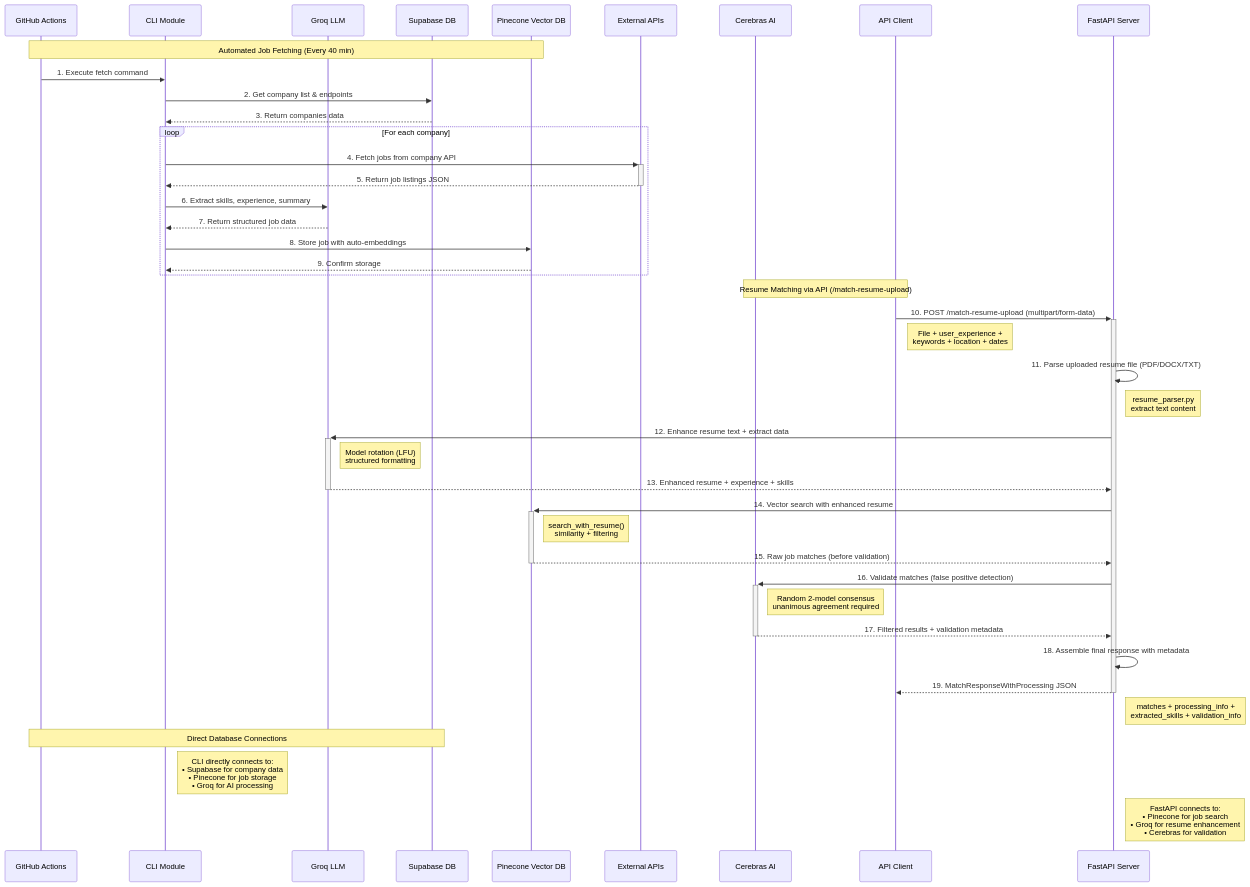
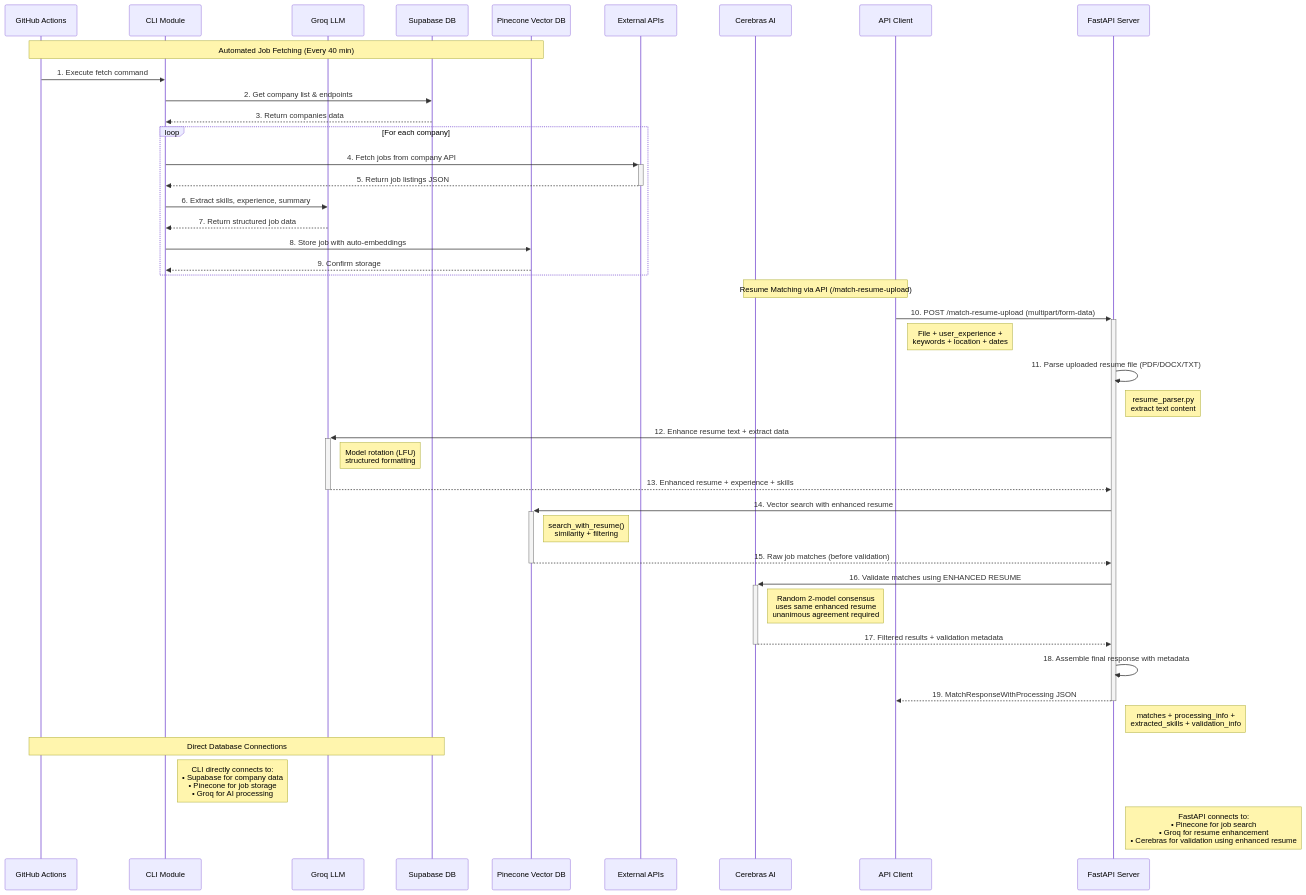
Before and after one commit to tarunmovva/job_board_aggregator: the second of 7 diagrams in README.md, drawn with Mermaid. The commit also changed other lines of this file and 2 other files, not shown here.

Commit message:
Update README and API routes documentation for cerebras validator

````diff
--- a/README.md
+++ b/README.md
@@ -182,53 +182,53 @@
 ```mermaid
 sequenceDiagram
     participant GH as GitHub Actions
     participant CLI as CLI Module
     participant GROQ as Groq LLM
     participant SB as Supabase DB
     participant PC as Pinecone Vector DB
     participant API as External APIs
     participant CB as Cerebras AI
     participant Client as API Client
     participant FS as FastAPI Server
     
     Note over GH,PC: Automated Job Fetching (Every 40 min)
     GH->>CLI: 1. Execute fetch command
     CLI->>SB: 2. Get company list & endpoints
     SB-->>CLI: 3. Return companies data
     
     loop For each company
         CLI->>+API: 4. Fetch jobs from company API
         API-->>-CLI: 5. Return job listings JSON
         CLI->>GROQ: 6. Extract skills, experience, summary
         GROQ-->>CLI: 7. Return structured job data
         CLI->>PC: 8. Store job with auto-embeddings
         PC-->>CLI: 9. Confirm storage
     end
     
     Note over Client,CB: Resume Matching via API (/match-resume-upload)
     Client->>+FS: 10. POST /match-resume-upload (multipart/form-data)
     Note right of Client: File + user_experience +<br/>keywords + location + dates
     
     FS->>FS: 11. Parse uploaded resume file (PDF/DOCX/TXT)
     Note right of FS: resume_parser.py<br/>extract text content
     
     FS->>+GROQ: 12. Enhance resume text + extract data
     Note right of GROQ: Model rotation (LFU)<br/>structured formatting
     GROQ-->>-FS: 13. Enhanced resume + experience + skills
     
     FS->>+PC: 14. Vector search with enhanced resume
     Note right of PC: search_with_resume()<br/>similarity + filtering
     PC-->>-FS: 15. Raw job matches (before validation)
     
-    FS->>+CB: 16. Validate matches (false positive detection)
-    Note right of CB: Random 2-model consensus<br/>unanimous agreement required
+    FS->>+CB: 16. Validate matches using ENHANCED RESUME
+    Note right of CB: Random 2-model consensus<br/>uses same enhanced resume<br/>unanimous agreement required
     CB-->>-FS: 17. Filtered results + validation metadata
     
     FS->>FS: 18. Assemble final response with metadata
     FS-->>-Client: 19. MatchResponseWithProcessing JSON
     Note right of FS: matches + processing_info +<br/>extracted_skills + validation_info
     
     Note over GH,SB: Direct Database Connections
     Note right of CLI: CLI directly connects to:<br/>• Supabase for company data<br/>• Pinecone for job storage<br/>• Groq for AI processing
-    Note right of FS: FastAPI connects to:<br/>• Pinecone for job search<br/>• Groq for resume enhancement<br/>• Cerebras for validation
+    Note right of FS: FastAPI connects to:<br/>• Pinecone for job search<br/>• Groq for resume enhancement<br/>• Cerebras for validation using enhanced resume
 ```
````
